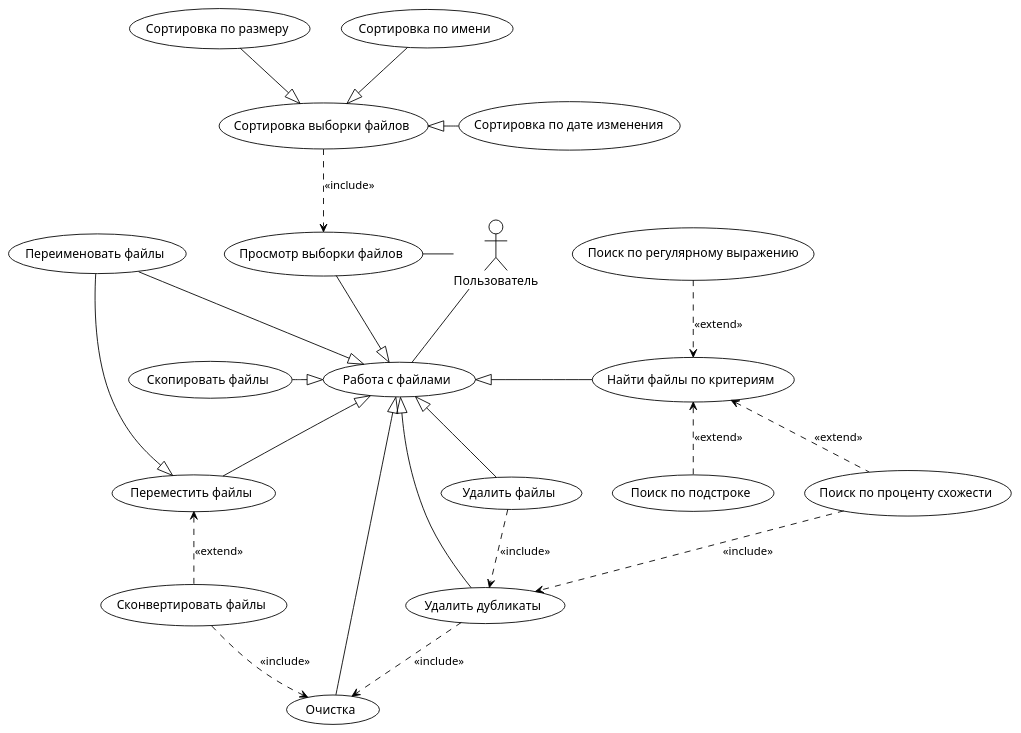
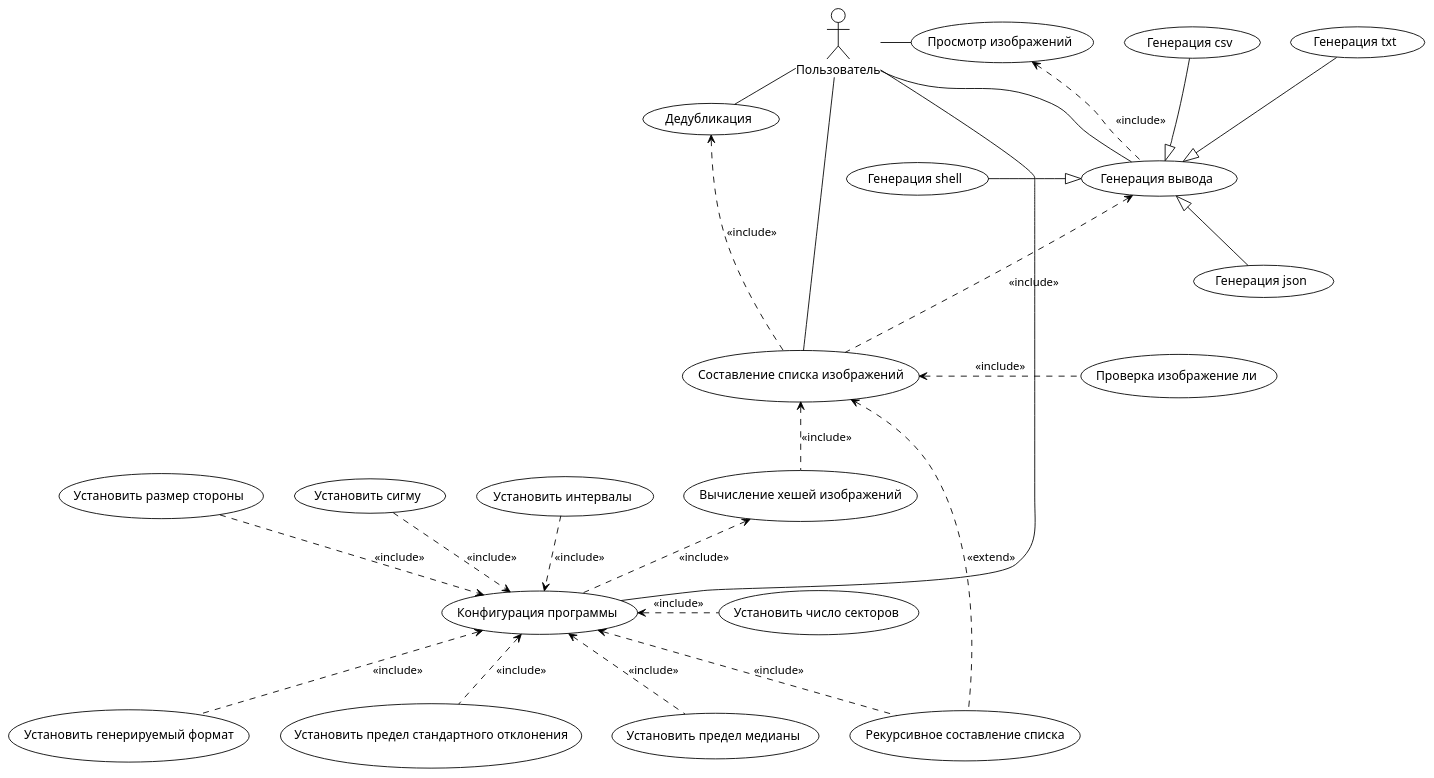
The diagram in doc/includes/usecases.plantuml (nadevko/bsuir-CW-1), drawn with PlantUML before and after one commit. The commit also changed 23 other files, not shown here.

```diff
--- a/doc/includes/usecases.plantuml
+++ b/doc/includes/usecases.plantuml
@@ -1,51 +1,58 @@
-@startuml usecases
+@startuml
 !theme mono
 :Пользователь: as user
-(Работа с файлами) as unite
-(Удалить дубликаты) as dup
-(Найти файлы по критериям) as find
-(Удалить файлы) as remove
-(Переместить файлы) as move
-(Скопировать файлы) as cp
-(Переименовать файлы) as rename
-(Сконвертировать файлы) as convert
+(Вычисление хешей изображений) as hashing
+(Дедубликация) as dedublication
+(Составление списка изображений) as listing
+(Просмотр изображений) as view
+(Конфигурация программы) as config
+(Генерация вывода) as output
 
-unite <|-right- find
-unite <|-down- move
-unite <|-down- remove
-unite <|-up- rename
-unite <|-left- cp
-move <.. convert : <<extend>>
+(Проверка изображение ли) as isimage
+(Рекурсивное составление списка) as recursion
 
-(Поиск по подстроке) as substr
-(Поиск по регулярному выражению) as regex
-(Поиск по проценту схожести) as simularity
+(Установить размер стороны) as sides
+(Установить интервалы) as bins
+(Установить число секторов) as sectors
+(Установить сигму) as sigma
+(Установить предел стандартного отклонения) as deviation
+(Установить предел медианы) as median
+(Установить генерируемый формат) as format
 
-user -down- unite
-simularity ..> dup : <<include>>
-remove ..> dup : <<include>>
-unite <|-- dup
-rename -|> move
+(Генерация txt) as txt
+(Генерация shell) as shell
+(Генерация json) as json
+(Генерация csv) as csv
 
-find <.. substr : <<extend>>
-find <.up. regex : <<extend>>
-find <.down. simularity : <<extend>>
 
-(Просмотр выборки файлов) as view
-view -down-|> unite
-view - user
+user - dedublication
+user - view
+user -d- config
+user -r- output
+user - listing
 
-(Сортировка выборки файлов) as sort
-(Сортировка по имени) as name
-(Сортировка по дате изменения) as date
-(Сортировка по размеру) as size
-sort .down.> view : <<include>>
-sort <|-up- name
-sort <|-right- date
-sort <|-up- size
+dedublication <.. listing : <<include>>
+hashing <.. config : <<include>>
 
-(Очистка) as clean
-unite <|- clean
-dup ..> clean : <<include>>
-convert ..> clean : <<include>>
+listing <. recursion : <<extend>>
+listing <.. hashing : <<include>>
+listing <. isimage : <<include>>
+
+
+config <.u. sides : <<include>>
+config <.u. bins : <<include>>
+config <.r. sectors : <<include>>
+config <.u. sigma : <<include>>
+config <.. deviation : <<include>>
+config <.. median : <<include>>
+config <.. format : <<include>>
+config <.. recursion : <<include>>
+
+view <.. output : <<include>>
+
+output <-.. listing : <<include>>
+output <|-l- shell
+output <|-u- txt
+output <|-d- json
+output <|-u- csv
 @enduml
```
